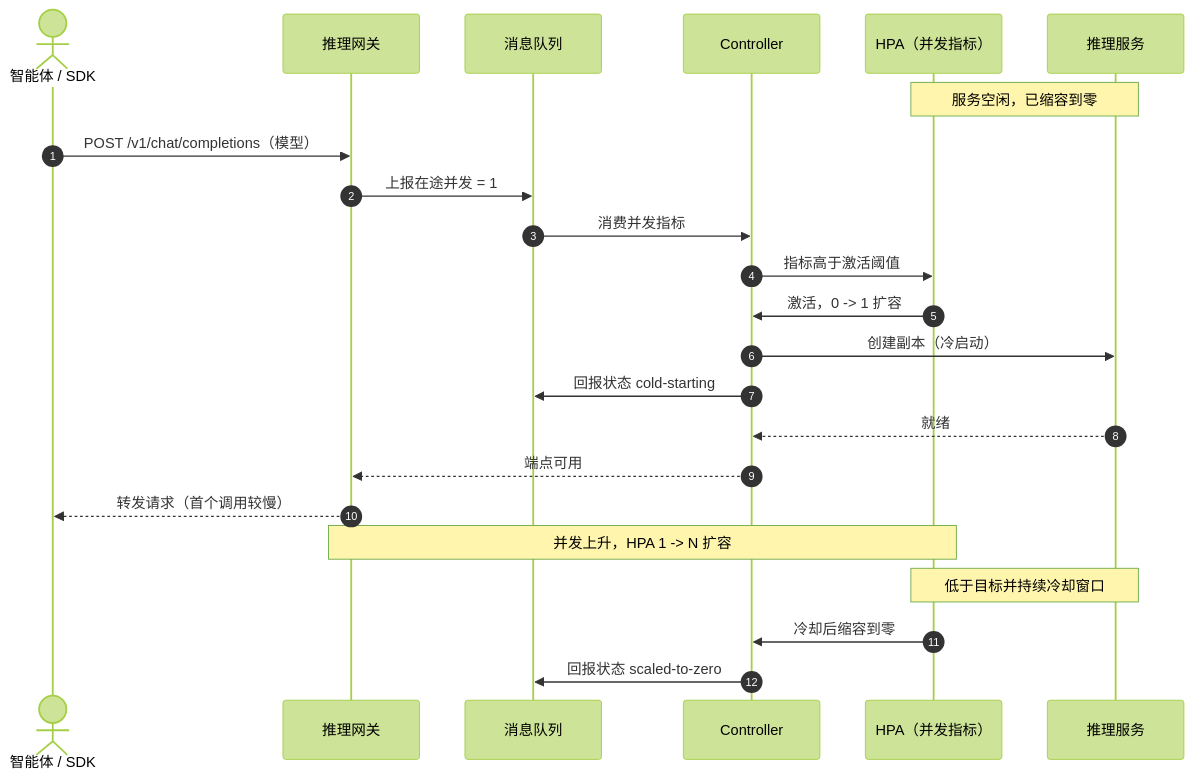
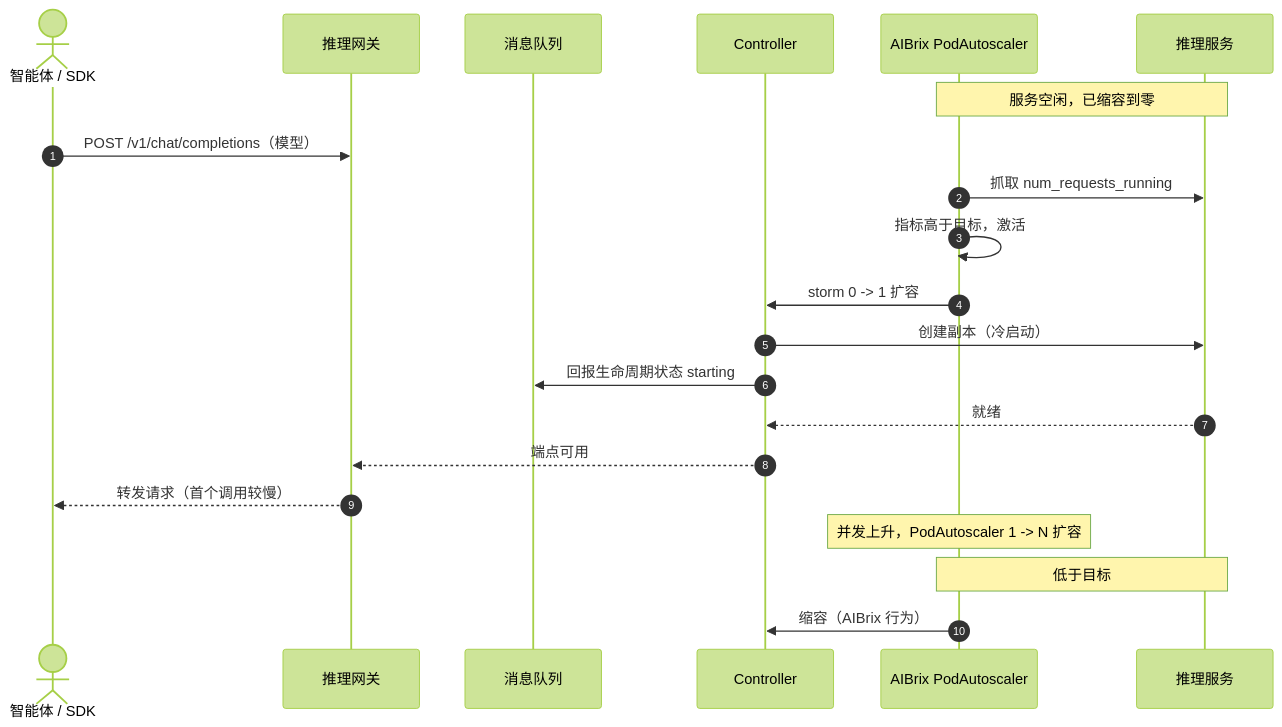
Before and after one commit to go-taas/go-taas: the fourth of 5 diagrams in site/docs/architecture/inference-autoscaling.zh-cn.md, drawn with Mermaid (forest theme). The commit also changed other lines of this file and 41 other files, not shown here.

````diff
--- a/site/docs/architecture/inference-autoscaling.zh-cn.md
+++ b/site/docs/architecture/inference-autoscaling.zh-cn.md
@@ -549,26 +538,24 @@
 ```mermaid
 sequenceDiagram
     autonumber
     actor Agent as 智能体 / SDK
     participant DGW as 推理网关
     participant MQ as 消息队列
     participant CTRL as Controller
-    participant HPA as HPA（并发指标）
+    participant PA as AIBrix PodAutoscaler
     participant SVC as 推理服务
 
-    Note over HPA,SVC: 服务空闲，已缩容到零
+    Note over PA,SVC: 服务空闲，已缩容到零
     Agent->>DGW: POST /v1/chat/completions（模型）
-    DGW->>MQ: 上报在途并发 = 1
-    MQ->>CTRL: 消费并发指标
-    CTRL->>HPA: 指标高于激活阈值
-    HPA->>CTRL: 激活，0 -> 1 扩容
+    PA->>SVC: 抓取 num_requests_running
+    PA->>PA: 指标高于目标，激活
+    PA->>CTRL: storm 0 -> 1 扩容
     CTRL->>SVC: 创建副本（冷启动）
-    CTRL->>MQ: 回报状态 cold-starting
+    CTRL->>MQ: 回报生命周期状态 starting
     SVC-->>CTRL: 就绪
     CTRL-->>DGW: 端点可用
     DGW-->>Agent: 转发请求（首个调用较慢）
-    Note over DGW,HPA: 并发上升，HPA 1 -> N 扩容
-    Note over HPA,SVC: 低于目标并持续冷却窗口
-    HPA->>CTRL: 冷却后缩容到零
-    CTRL->>MQ: 回报状态 scaled-to-zero
+    Note over PA: 并发上升，PodAutoscaler 1 -> N 扩容
+    Note over PA,SVC: 低于目标
+    PA->>CTRL: 缩容（AIBrix 行为）
 ```
````
